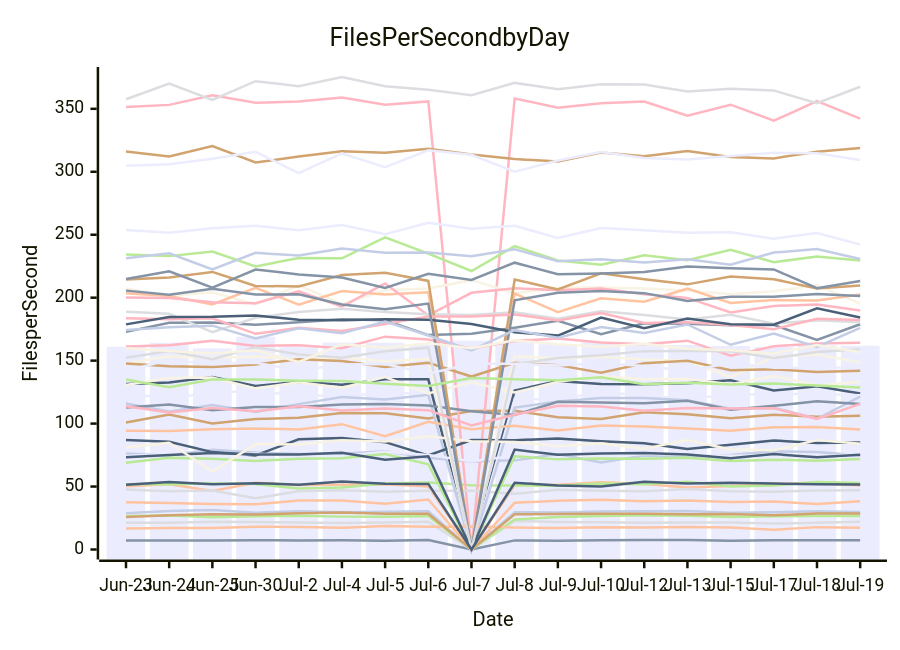
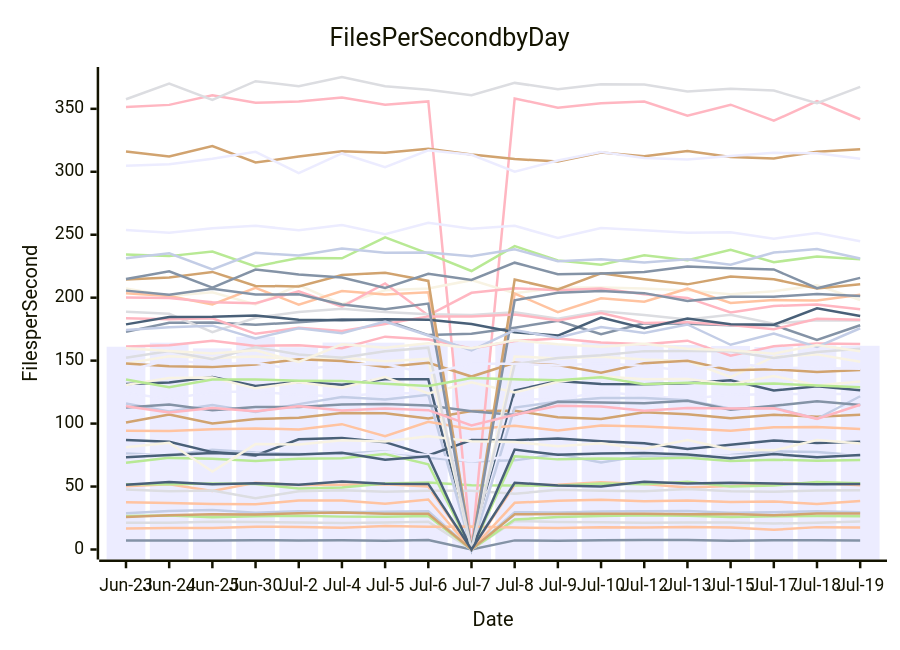
Before and after one commit to streetsidesoftware/cspell: the diagram in perf-report.md, drawn with Mermaid. The commit also changed other lines of this file and 1 other file, not shown here.

````diff
--- a/perf-report.md
+++ b/perf-report.md
@@ -10,57 +10,57 @@
 ```mermaid
 xychart-beta
     title Files Per Second by Day
     y-axis Files per Second
     x-axis Date [Jun-23, Jun-24, Jun-25, Jun-30, Jul-2, Jul-4, Jul-5, Jul-6, Jul-7, Jul-8, Jul-9, Jul-10, Jul-12, Jul-13, Jul-15, Jul-17, Jul-18, Jul-19]
-    bar [161.06, 164.28, 159.75, 168.95, 160.66, 164.38, 164.27, 162.48, 165.90, 164.83, 163.05, 164.68, 163.19, 162.43, 161.66, 160.81, 162.11, 161.84]
-    line [7.12, 7.22, 7.17, 7.37, 7.23, 7.36, 6.99, 7.61, 0.00, 7.24, 7.01, 7.27, 7.49, 7.49, 6.93, 7.35, 7.41, 7.37]
-    line [50.23, 51.87, 46.40, 53.06, 51.19, 51.40, 51.86, 50.10, 0.00, 51.21, 51.39, 53.37, 51.98, 49.24, 50.53, 52.10, 52.76, 50.90]
-    line [21.30, 21.15, 22.00, 21.90, 21.51, 21.13, 21.43, 22.00, 0.00, 22.72, 21.87, 21.57, 21.20, 21.36, 21.51, 20.58, 21.30, 22.11]
-    line [51.73, 51.82, 52.39, 52.00, 48.43, 49.22, 52.34, 53.26, 51.10, 50.86, 50.66, 52.36, 51.79, 53.82, 50.00, 50.85, 53.53, 52.74]
-    line [100.84, 107.27, 100.09, 103.62, 104.63, 108.43, 108.27, 103.96, 110.08, 110.20, 105.06, 103.60, 109.02, 107.38, 104.33, 107.04, 105.42, 106.29]
-    line [76.22, 74.88, 79.14, 76.99, 75.88, 76.09, 78.08, 72.78, 69.82, 70.79, 75.77, 69.10, 74.66, 73.66, 75.08, 77.97, 77.53, 74.71]
-    line [351.35, 353.13, 360.69, 354.83, 355.80, 359.03, 353.22, 355.88, 0.00, 358.26, 350.93, 354.34, 355.82, 344.62, 353.27, 340.52, 356.06, 342.17]
-    line [131.39, 132.60, 136.92, 129.95, 133.16, 130.87, 135.23, 135.13, 0.00, 126.22, 133.87, 131.35, 131.34, 131.95, 134.40, 126.35, 129.62, 123.94]
-    line [207.28, 201.26, 204.34, 194.65, 210.00, 194.85, 205.89, 207.36, 213.92, 203.52, 207.94, 208.03, 207.20, 205.62, 202.63, 205.11, 209.83, 195.29]
-    line [124.29, 119.55, 125.16, 125.39, 122.70, 121.73, 124.30, 123.97, 0.00, 119.80, 118.70, 125.49, 121.97, 119.76, 122.93, 123.39, 123.52, 122.50]
-    line [172.84, 180.05, 180.38, 178.52, 180.47, 182.90, 182.10, 170.31, 171.39, 176.15, 181.65, 170.98, 179.72, 179.37, 178.07, 178.35, 166.36, 178.93]
-    line [203.46, 201.26, 194.60, 207.89, 194.40, 205.29, 202.49, 204.26, 0.00, 203.31, 188.55, 199.47, 196.87, 207.15, 195.83, 198.09, 197.68, 202.46]
-    line [47.61, 46.18, 46.86, 40.79, 46.17, 47.03, 45.86, 46.70, 46.74, 44.23, 47.36, 46.58, 46.27, 47.99, 46.18, 45.89, 46.88, 47.07]
-    line [26.60, 26.95, 25.71, 26.35, 26.84, 26.11, 26.06, 26.52, 0.00, 23.76, 25.86, 26.61, 27.13, 26.83, 25.90, 26.40, 26.69, 26.69]
-    line [316.02, 312.10, 320.45, 307.34, 312.08, 316.35, 315.20, 318.22, 313.66, 310.11, 308.24, 315.35, 312.26, 316.54, 311.74, 310.63, 315.98, 318.90]
-    line [116.01, 109.65, 114.81, 109.29, 115.47, 121.09, 119.06, 122.86, 0.00, 112.77, 117.49, 120.30, 120.41, 118.48, 111.84, 112.66, 103.82, 121.34]
-    line [200.19, 199.73, 196.39, 195.67, 205.11, 192.90, 211.35, 185.93, 203.88, 207.58, 205.87, 207.35, 202.66, 199.84, 188.27, 193.42, 194.63, 189.88]
-    line [86.88, 85.49, 77.34, 74.76, 87.51, 88.59, 85.26, 74.62, 86.95, 86.80, 88.24, 86.00, 84.39, 79.74, 83.17, 86.61, 84.55, 84.90]
-    line [130.59, 136.24, 136.67, 127.99, 132.91, 128.52, 136.97, 123.97, 132.77, 124.67, 133.15, 137.66, 135.26, 135.39, 131.25, 137.83, 130.35, 133.27]
-    line [74.26, 76.13, 73.45, 76.23, 74.07, 74.35, 77.62, 75.07, 70.03, 74.46, 78.13, 73.01, 75.98, 75.26, 74.39, 74.57, 72.87, 76.78]
-    line [112.71, 115.12, 110.67, 113.20, 113.18, 115.07, 115.63, 114.45, 109.79, 106.87, 117.37, 116.66, 116.21, 118.14, 111.02, 114.16, 117.75, 115.55]
-    line [94.35, 94.02, 95.44, 96.15, 95.34, 99.55, 90.07, 101.41, 95.54, 98.21, 94.52, 98.50, 97.78, 96.17, 94.33, 97.04, 97.24, 95.36]
-    line [188.80, 187.17, 172.53, 184.06, 188.67, 191.18, 188.53, 186.82, 186.30, 188.38, 183.25, 189.14, 186.31, 182.67, 186.39, 179.31, 182.07, 180.50]
-    line [234.34, 233.01, 236.58, 224.78, 231.59, 231.28, 247.94, 235.03, 221.17, 240.95, 229.51, 226.18, 233.66, 229.73, 238.10, 228.16, 232.72, 229.50]
-    line [214.37, 216.02, 220.47, 209.37, 208.94, 217.94, 219.88, 213.33, 0.00, 214.36, 206.61, 219.33, 214.62, 210.58, 216.81, 214.69, 207.39, 209.64]
-    line [28.80, 30.64, 31.41, 29.25, 30.37, 29.62, 29.89, 30.35, 0.00, 29.68, 29.34, 30.24, 30.35, 30.53, 29.15, 29.59, 30.29, 29.80]
-    line [183.71, 182.95, 183.62, 171.28, 176.05, 173.54, 179.14, 185.15, 184.99, 186.71, 181.92, 187.82, 179.82, 180.43, 178.37, 174.98, 183.26, 182.34]
-    line [178.80, 184.67, 184.84, 185.79, 182.56, 182.17, 182.82, 182.50, 179.12, 172.62, 169.88, 184.28, 175.71, 183.39, 178.90, 178.60, 191.51, 184.28]
-    line [147.83, 153.51, 152.15, 153.26, 150.82, 152.56, 149.61, 151.37, 0.00, 153.34, 151.79, 153.10, 150.91, 149.71, 136.98, 153.14, 154.96, 148.59]
-    line [304.83, 306.07, 310.41, 315.81, 298.93, 314.56, 303.69, 317.11, 313.48, 300.01, 308.91, 315.76, 310.85, 309.84, 312.53, 315.03, 314.69, 309.28]
-    line [214.79, 220.92, 207.92, 222.39, 218.49, 216.06, 207.77, 218.95, 214.11, 227.80, 218.56, 219.23, 220.42, 224.78, 223.29, 222.43, 207.49, 213.31]
-    line [16.59, 17.11, 17.00, 18.16, 17.94, 17.30, 18.64, 18.07, 18.36, 17.45, 17.16, 17.77, 17.48, 17.96, 17.52, 15.60, 17.77, 17.37]
-    line [357.60, 370.08, 357.07, 371.96, 367.90, 375.27, 367.85, 365.20, 360.83, 370.59, 365.59, 369.56, 369.35, 363.79, 365.85, 364.51, 354.54, 367.51]
-    line [68.82, 72.77, 72.13, 70.38, 72.17, 72.40, 75.76, 67.72, 0.00, 74.05, 71.58, 72.37, 72.08, 72.80, 70.30, 71.38, 70.52, 71.91]
-    line [147.78, 145.47, 144.87, 146.87, 151.06, 149.73, 144.88, 148.36, 137.35, 148.23, 146.43, 140.41, 147.84, 149.86, 142.29, 143.07, 141.02, 141.88]
-    line [231.36, 235.26, 222.40, 235.59, 233.45, 238.97, 235.75, 235.89, 232.86, 238.48, 229.00, 230.57, 227.85, 230.59, 226.26, 235.84, 238.63, 230.77]
-    line [161.29, 162.24, 165.87, 161.72, 162.26, 159.82, 169.05, 166.75, 159.60, 165.64, 167.61, 164.48, 163.07, 165.84, 153.93, 161.48, 163.65, 164.17]
-    line [73.34, 75.14, 76.59, 75.51, 75.45, 76.79, 71.21, 73.99, 0.00, 79.33, 75.23, 76.27, 76.63, 75.41, 72.48, 75.77, 73.22, 75.27]
-    line [81.29, 84.76, 61.88, 83.73, 83.48, 86.69, 85.83, 89.91, 85.92, 85.41, 81.93, 84.31, 79.99, 86.85, 79.35, 78.74, 86.89, 84.04]
-    line [253.77, 251.67, 255.05, 257.07, 253.64, 257.67, 250.47, 259.54, 254.67, 257.07, 247.35, 255.25, 253.55, 251.59, 252.00, 246.87, 251.37, 242.23]
-    line [205.60, 202.43, 207.02, 202.54, 202.72, 194.67, 190.86, 195.33, 0.00, 197.97, 203.94, 205.22, 203.61, 197.40, 200.74, 200.72, 202.94, 201.33]
-    line [37.48, 36.99, 36.10, 35.86, 38.94, 38.99, 36.38, 39.71, 0.00, 37.09, 38.73, 39.43, 38.35, 38.90, 37.77, 38.11, 36.22, 38.30]
-    line [152.29, 157.67, 151.07, 160.69, 154.94, 152.23, 157.47, 160.32, 0.00, 147.14, 152.12, 154.25, 157.55, 157.57, 157.54, 152.05, 156.89, 159.06]
-    line [135.01, 128.78, 135.00, 135.05, 134.05, 133.73, 131.56, 129.78, 136.12, 135.18, 134.44, 136.88, 131.27, 132.43, 131.04, 131.83, 130.19, 128.60]
-    line [25.82, 27.29, 28.03, 27.82, 28.74, 29.48, 28.36, 28.34, 0.00, 27.98, 28.10, 28.43, 28.38, 28.02, 28.20, 27.23, 28.58, 28.61]
-    line [174.24, 176.57, 177.80, 167.68, 175.75, 171.75, 180.95, 169.97, 158.13, 174.21, 168.28, 176.77, 172.02, 178.72, 162.59, 171.56, 160.94, 175.94]
-    line [113.71, 108.86, 112.34, 109.73, 113.68, 110.37, 111.97, 110.64, 98.54, 106.95, 114.12, 113.53, 110.15, 112.38, 111.90, 112.10, 103.78, 115.70]
-    line [51.44, 53.68, 51.84, 52.69, 51.50, 53.98, 52.25, 52.09, 0.00, 53.03, 50.88, 50.01, 53.83, 52.41, 53.08, 52.40, 51.77, 51.58]
-    line [159.81, 157.56, 155.70, 158.25, 148.90, 163.02, 160.27, 163.84, 159.78, 166.09, 162.99, 161.12, 163.50, 159.47, 158.31, 155.54, 162.49, 156.66]
-    line [141.81, 150.65, 147.20, 148.34, 142.33, 146.88, 147.38, 139.67, 147.57, 147.61, 146.15, 148.02, 145.81, 141.78, 148.18, 144.29, 144.20, 144.56]
+    bar [161.06, 164.28, 159.75, 168.95, 160.66, 164.38, 164.27, 162.48, 165.90, 164.83, 163.05, 164.68, 163.19, 162.43, 161.66, 160.81, 162.11, 161.80]
+    line [7.12, 7.22, 7.17, 7.37, 7.23, 7.36, 6.99, 7.61, 0.00, 7.24, 7.01, 7.27, 7.49, 7.49, 6.93, 7.35, 7.41, 7.13]
+    line [50.23, 51.87, 46.40, 53.06, 51.19, 51.40, 51.86, 50.10, 0.00, 51.21, 51.39, 53.37, 51.98, 49.24, 50.53, 52.10, 52.76, 51.07]
+    line [21.30, 21.15, 22.00, 21.90, 21.51, 21.13, 21.43, 22.00, 0.00, 22.72, 21.87, 21.57, 21.20, 21.36, 21.51, 20.58, 21.30, 22.19]
+    line [51.73, 51.82, 52.39, 52.00, 48.43, 49.22, 52.34, 53.26, 51.10, 50.86, 50.66, 52.36, 51.79, 53.82, 50.00, 50.85, 53.53, 52.69]
+    line [100.84, 107.27, 100.09, 103.62, 104.63, 108.43, 108.27, 103.96, 110.08, 110.20, 105.06, 103.60, 109.02, 107.38, 104.33, 107.04, 105.42, 107.07]
+    line [76.22, 74.88, 79.14, 76.99, 75.88, 76.09, 78.08, 72.78, 69.82, 70.79, 75.77, 69.10, 74.66, 73.66, 75.08, 77.97, 77.53, 74.65]
+    line [351.35, 353.13, 360.69, 354.83, 355.80, 359.03, 353.22, 355.88, 0.00, 358.26, 350.93, 354.34, 355.82, 344.62, 353.27, 340.52, 356.06, 341.72]
+    line [131.39, 132.60, 136.92, 129.95, 133.16, 130.87, 135.23, 135.13, 0.00, 126.22, 133.87, 131.35, 131.34, 131.95, 134.40, 126.35, 129.62, 126.47]
+    line [207.28, 201.26, 204.34, 194.65, 210.00, 194.85, 205.89, 207.36, 213.92, 203.52, 207.94, 208.03, 207.20, 205.62, 202.63, 205.11, 209.83, 198.16]
+    line [124.29, 119.55, 125.16, 125.39, 122.70, 121.73, 124.30, 123.97, 0.00, 119.80, 118.70, 125.49, 121.97, 119.76, 122.93, 123.39, 123.52, 123.46]
+    line [172.84, 180.05, 180.38, 178.52, 180.47, 182.90, 182.10, 170.31, 171.39, 176.15, 181.65, 170.98, 179.72, 179.37, 178.07, 178.35, 166.36, 178.14]
+    line [203.46, 201.26, 194.60, 207.89, 194.40, 205.29, 202.49, 204.26, 0.00, 203.31, 188.55, 199.47, 196.87, 207.15, 195.83, 198.09, 197.68, 202.31]
+    line [47.61, 46.18, 46.86, 40.79, 46.17, 47.03, 45.86, 46.70, 46.74, 44.23, 47.36, 46.58, 46.27, 47.99, 46.18, 45.89, 46.88, 47.09]
+    line [26.60, 26.95, 25.71, 26.35, 26.84, 26.11, 26.06, 26.52, 0.00, 23.76, 25.86, 26.61, 27.13, 26.83, 25.90, 26.40, 26.69, 26.50]
+    line [316.02, 312.10, 320.45, 307.34, 312.08, 316.35, 315.20, 318.22, 313.66, 310.11, 308.24, 315.35, 312.26, 316.54, 311.74, 310.63, 315.98, 317.85]
+    line [116.01, 109.65, 114.81, 109.29, 115.47, 121.09, 119.06, 122.86, 0.00, 112.77, 117.49, 120.30, 120.41, 118.48, 111.84, 112.66, 103.82, 121.72]
+    line [200.19, 199.73, 196.39, 195.67, 205.11, 192.90, 211.35, 185.93, 203.88, 207.58, 205.87, 207.35, 202.66, 199.84, 188.27, 193.42, 194.63, 190.82]
+    line [86.88, 85.49, 77.34, 74.76, 87.51, 88.59, 85.26, 74.62, 86.95, 86.80, 88.24, 86.00, 84.39, 79.74, 83.17, 86.61, 84.55, 85.67]
+    line [130.59, 136.24, 136.67, 127.99, 132.91, 128.52, 136.97, 123.97, 132.77, 124.67, 133.15, 137.66, 135.26, 135.39, 131.25, 137.83, 130.35, 133.37]
+    line [74.26, 76.13, 73.45, 76.23, 74.07, 74.35, 77.62, 75.07, 70.03, 74.46, 78.13, 73.01, 75.98, 75.26, 74.39, 74.57, 72.87, 76.84]
+    line [112.71, 115.12, 110.67, 113.20, 113.18, 115.07, 115.63, 114.45, 109.79, 106.87, 117.37, 116.66, 116.21, 118.14, 111.02, 114.16, 117.75, 114.86]
+    line [94.35, 94.02, 95.44, 96.15, 95.34, 99.55, 90.07, 101.41, 95.54, 98.21, 94.52, 98.50, 97.78, 96.17, 94.33, 97.04, 97.24, 95.75]
+    line [188.80, 187.17, 172.53, 184.06, 188.67, 191.18, 188.53, 186.82, 186.30, 188.38, 183.25, 189.14, 186.31, 182.67, 186.39, 179.31, 182.07, 181.92]
+    line [234.34, 233.01, 236.58, 224.78, 231.59, 231.28, 247.94, 235.03, 221.17, 240.95, 229.51, 226.18, 233.66, 229.73, 238.10, 228.16, 232.72, 230.57]
+    line [214.37, 216.02, 220.47, 209.37, 208.94, 217.94, 219.88, 213.33, 0.00, 214.36, 206.61, 219.33, 214.62, 210.58, 216.81, 214.69, 207.39, 210.58]
+    line [28.80, 30.64, 31.41, 29.25, 30.37, 29.62, 29.89, 30.35, 0.00, 29.68, 29.34, 30.24, 30.35, 30.53, 29.15, 29.59, 30.29, 29.57]
+    line [183.71, 182.95, 183.62, 171.28, 176.05, 173.54, 179.14, 185.15, 184.99, 186.71, 181.92, 187.82, 179.82, 180.43, 178.37, 174.98, 183.26, 182.49]
+    line [178.80, 184.67, 184.84, 185.79, 182.56, 182.17, 182.82, 182.50, 179.12, 172.62, 169.88, 184.28, 175.71, 183.39, 178.90, 178.60, 191.51, 185.47]
+    line [147.83, 153.51, 152.15, 153.26, 150.82, 152.56, 149.61, 151.37, 0.00, 153.34, 151.79, 153.10, 150.91, 149.71, 136.98, 153.14, 154.96, 149.05]
+    line [304.83, 306.07, 310.41, 315.81, 298.93, 314.56, 303.69, 317.11, 313.48, 300.01, 308.91, 315.76, 310.85, 309.84, 312.53, 315.03, 314.69, 310.30]
+    line [214.79, 220.92, 207.92, 222.39, 218.49, 216.06, 207.77, 218.95, 214.11, 227.80, 218.56, 219.23, 220.42, 224.78, 223.29, 222.43, 207.49, 215.75]
+    line [16.59, 17.11, 17.00, 18.16, 17.94, 17.30, 18.64, 18.07, 18.36, 17.45, 17.16, 17.77, 17.48, 17.96, 17.52, 15.60, 17.77, 17.44]
+    line [357.60, 370.08, 357.07, 371.96, 367.90, 375.27, 367.85, 365.20, 360.83, 370.59, 365.59, 369.56, 369.35, 363.79, 365.85, 364.51, 354.54, 367.49]
+    line [68.82, 72.77, 72.13, 70.38, 72.17, 72.40, 75.76, 67.72, 0.00, 74.05, 71.58, 72.37, 72.08, 72.80, 70.30, 71.38, 70.52, 71.04]
+    line [147.78, 145.47, 144.87, 146.87, 151.06, 149.73, 144.88, 148.36, 137.35, 148.23, 146.43, 140.41, 147.84, 149.86, 142.29, 143.07, 141.02, 142.51]
+    line [231.36, 235.26, 222.40, 235.59, 233.45, 238.97, 235.75, 235.89, 232.86, 238.48, 229.00, 230.57, 227.85, 230.59, 226.26, 235.84, 238.63, 231.13]
+    line [161.29, 162.24, 165.87, 161.72, 162.26, 159.82, 169.05, 166.75, 159.60, 165.64, 167.61, 164.48, 163.07, 165.84, 153.93, 161.48, 163.65, 163.25]
+    line [73.34, 75.14, 76.59, 75.51, 75.45, 76.79, 71.21, 73.99, 0.00, 79.33, 75.23, 76.27, 76.63, 75.41, 72.48, 75.77, 73.22, 74.96]
+    line [81.29, 84.76, 61.88, 83.73, 83.48, 86.69, 85.83, 89.91, 85.92, 85.41, 81.93, 84.31, 79.99, 86.85, 79.35, 78.74, 86.89, 84.13]
+    line [253.77, 251.67, 255.05, 257.07, 253.64, 257.67, 250.47, 259.54, 254.67, 257.07, 247.35, 255.25, 253.55, 251.59, 252.00, 246.87, 251.37, 244.82]
+    line [205.60, 202.43, 207.02, 202.54, 202.72, 194.67, 190.86, 195.33, 0.00, 197.97, 203.94, 205.22, 203.61, 197.40, 200.74, 200.72, 202.94, 201.36]
+    line [37.48, 36.99, 36.10, 35.86, 38.94, 38.99, 36.38, 39.71, 0.00, 37.09, 38.73, 39.43, 38.35, 38.90, 37.77, 38.11, 36.22, 38.46]
+    line [152.29, 157.67, 151.07, 160.69, 154.94, 152.23, 157.47, 160.32, 0.00, 147.14, 152.12, 154.25, 157.55, 157.57, 157.54, 152.05, 156.89, 159.37]
+    line [135.01, 128.78, 135.00, 135.05, 134.05, 133.73, 131.56, 129.78, 136.12, 135.18, 134.44, 136.88, 131.27, 132.43, 131.04, 131.83, 130.19, 128.92]
+    line [25.82, 27.29, 28.03, 27.82, 28.74, 29.48, 28.36, 28.34, 0.00, 27.98, 28.10, 28.43, 28.38, 28.02, 28.20, 27.23, 28.58, 28.56]
+    line [174.24, 176.57, 177.80, 167.68, 175.75, 171.75, 180.95, 169.97, 158.13, 174.21, 168.28, 176.77, 172.02, 178.72, 162.59, 171.56, 160.94, 175.73]
+    line [113.71, 108.86, 112.34, 109.73, 113.68, 110.37, 111.97, 110.64, 98.54, 106.95, 114.12, 113.53, 110.15, 112.38, 111.90, 112.10, 103.78, 114.93]
+    line [51.44, 53.68, 51.84, 52.69, 51.50, 53.98, 52.25, 52.09, 0.00, 53.03, 50.88, 50.01, 53.83, 52.41, 53.08, 52.40, 51.77, 52.01]
+    line [159.81, 157.56, 155.70, 158.25, 148.90, 163.02, 160.27, 163.84, 159.78, 166.09, 162.99, 161.12, 163.50, 159.47, 158.31, 155.54, 162.49, 157.44]
+    line [141.81, 150.65, 147.20, 148.34, 142.33, 146.88, 147.38, 139.67, 147.57, 147.61, 146.15, 148.02, 145.81, 141.78, 148.18, 144.29, 144.20, 143.50]
 ```
````
